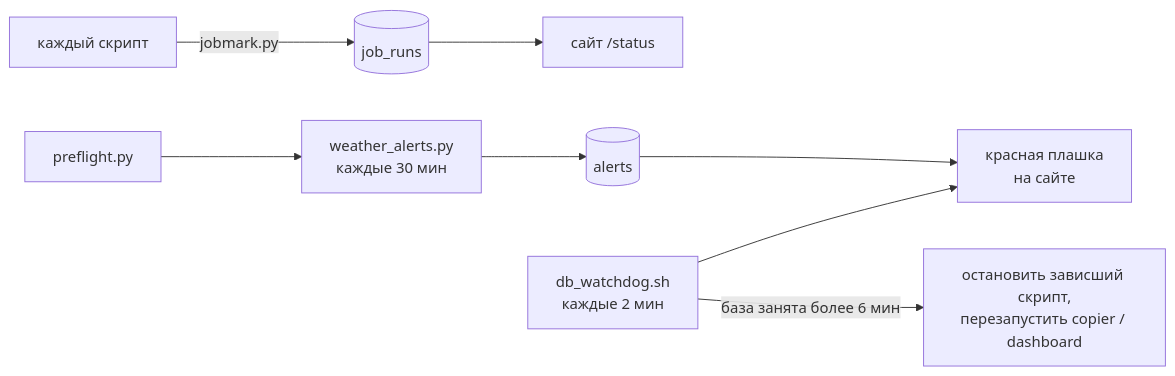
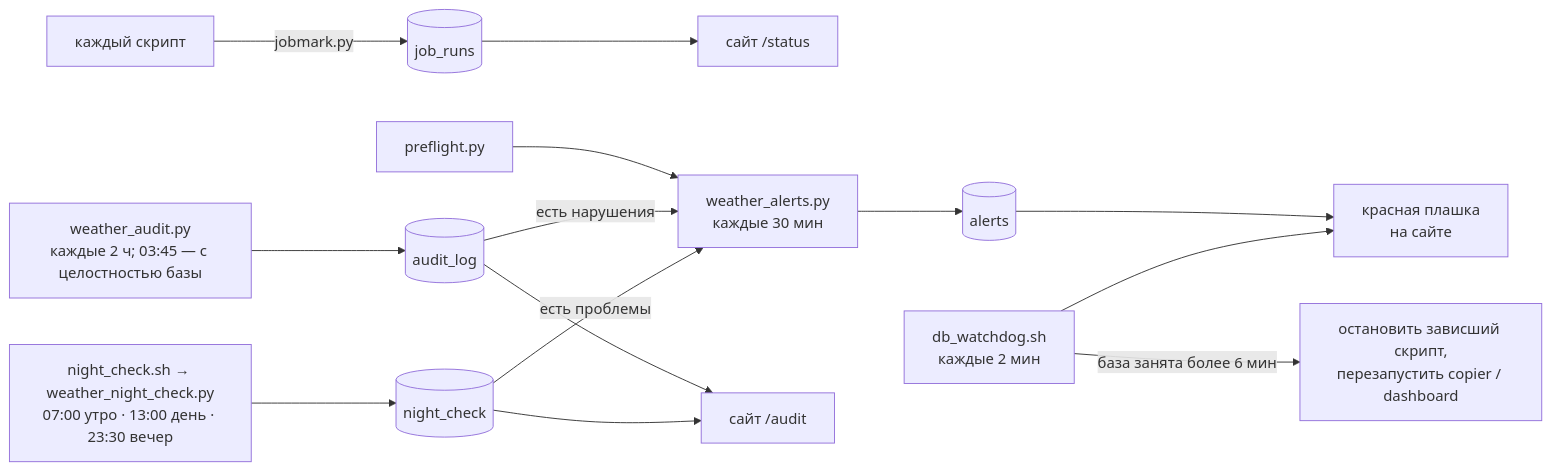
Before and after one commit to AllexisO/weather-polymarket: the third of 3 diagrams in docs/ARCHITECTURE.md, drawn with Mermaid. The commit also changed other lines of this file and 31 other files, not shown here.

First line of the commit message:
Проверки утро/день/вечер, автопроверка, устойчивость крона, новая панель и страницы

````diff
--- a/docs/ARCHITECTURE.md
+++ b/docs/ARCHITECTURE.md
@@ -81,8 +81,12 @@
 ```mermaid
 flowchart LR
   ALL["каждый скрипт"] -->|jobmark.py| JR[("job_runs")] --> STATUS["сайт /status"]
   AL["weather_alerts.py<br>каждые 30 мин"] --> ALT[("alerts")] --> BANNER["красная плашка<br>на сайте"]
   PF["preflight.py"] --> AL
   WD["db_watchdog.sh<br>каждые 2 мин"] -->|база занята более 6 мин| KILL["остановить зависший скрипт,<br>перезапустить copier / dashboard"]
   WD --> BANNER
+  AU["weather_audit.py<br>каждые 2 ч; 03:45 — с целостностью базы"] --> AUL[("audit_log")] --> AUP["сайт /audit"]
+  AUL -->|есть нарушения| AL
+  NC["night_check.sh → weather_night_check.py<br>07:00 утро · 13:00 день · 23:30 вечер"] --> NCT[("night_check")] --> AUP
+  NCT -->|есть проблемы| AL
 ```
````
